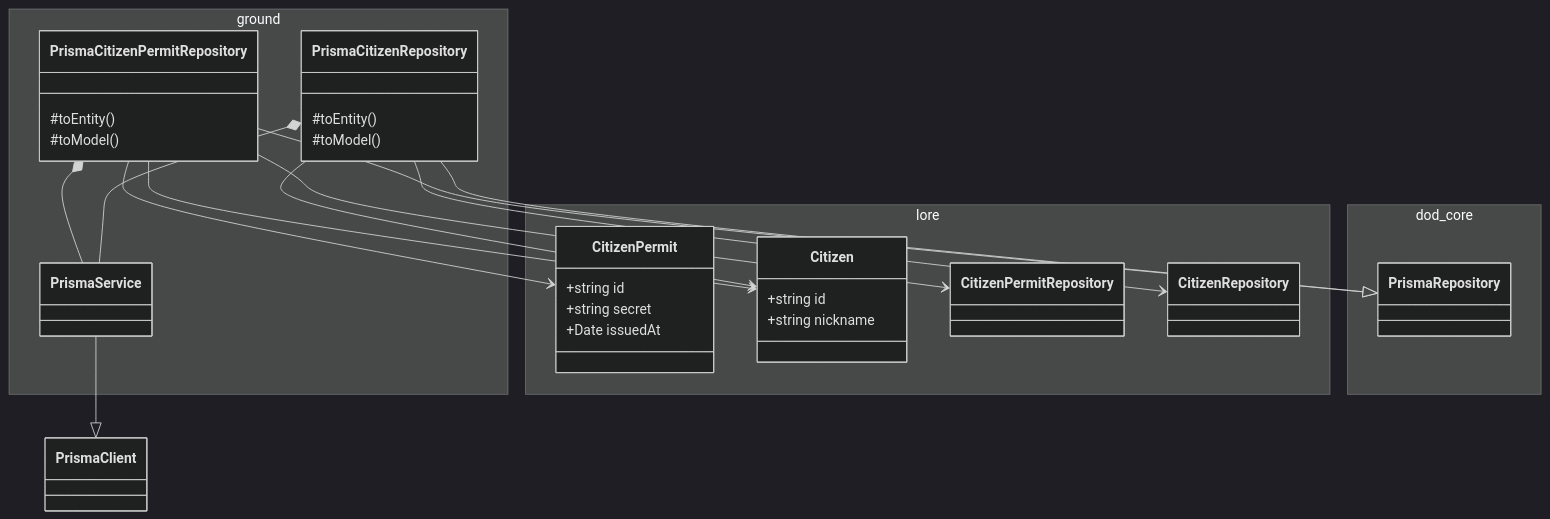
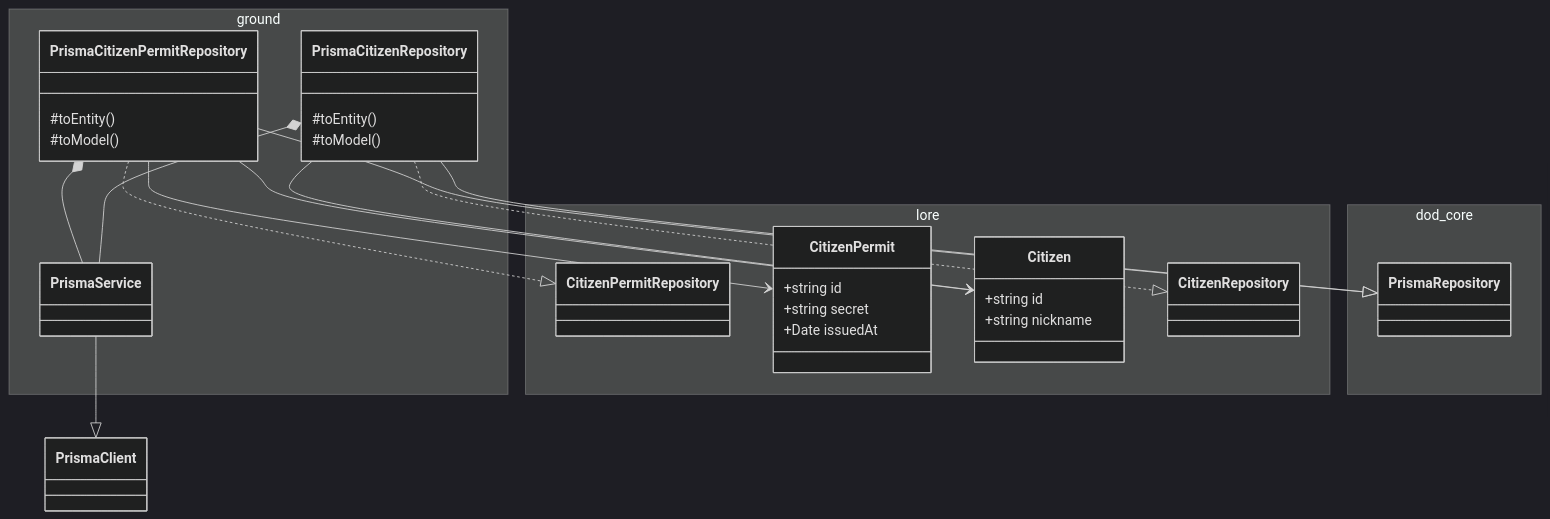
Before and after one commit to pslotinsky/decay-of-magic: the third of 3 diagrams in realms/citizen/README.md, drawn with Mermaid (dark theme). The commit also changed other lines of this file and 16 other files, not shown here.

````diff
--- a/realms/citizen/README.md
+++ b/realms/citizen/README.md
@@ -234,41 +141,41 @@
 ```mermaid
 classDiagram
   namespace ground {
     class PrismaService
     class PrismaCitizenPermitRepository {
       #toEntity()
       #toModel()
     }
     class PrismaCitizenRepository {
       #toEntity()
       #toModel()
     }
   }
   namespace lore {
+    class CitizenPermitRepository
     class CitizenPermit {
       +string id
       +string secret
       +Date issuedAt
     }
     class Citizen {
       +string id
       +string nickname
     }
-    class CitizenPermitRepository
     class CitizenRepository
   }
   namespace dod_core {
     class PrismaRepository
   }
 
   PrismaService --|> PrismaClient
   PrismaCitizenPermitRepository --|> PrismaRepository
+  PrismaCitizenPermitRepository ..|> CitizenPermitRepository
   PrismaCitizenPermitRepository *-- PrismaService
   PrismaCitizenPermitRepository --> CitizenPermit
   PrismaCitizenPermitRepository --> Citizen
-  PrismaCitizenPermitRepository --> CitizenPermitRepository
   PrismaCitizenRepository --|> PrismaRepository
+  PrismaCitizenRepository ..|> CitizenRepository
   PrismaCitizenRepository *-- PrismaService
   PrismaCitizenRepository --> Citizen
-  PrismaCitizenRepository --> CitizenRepository
 ```
````
